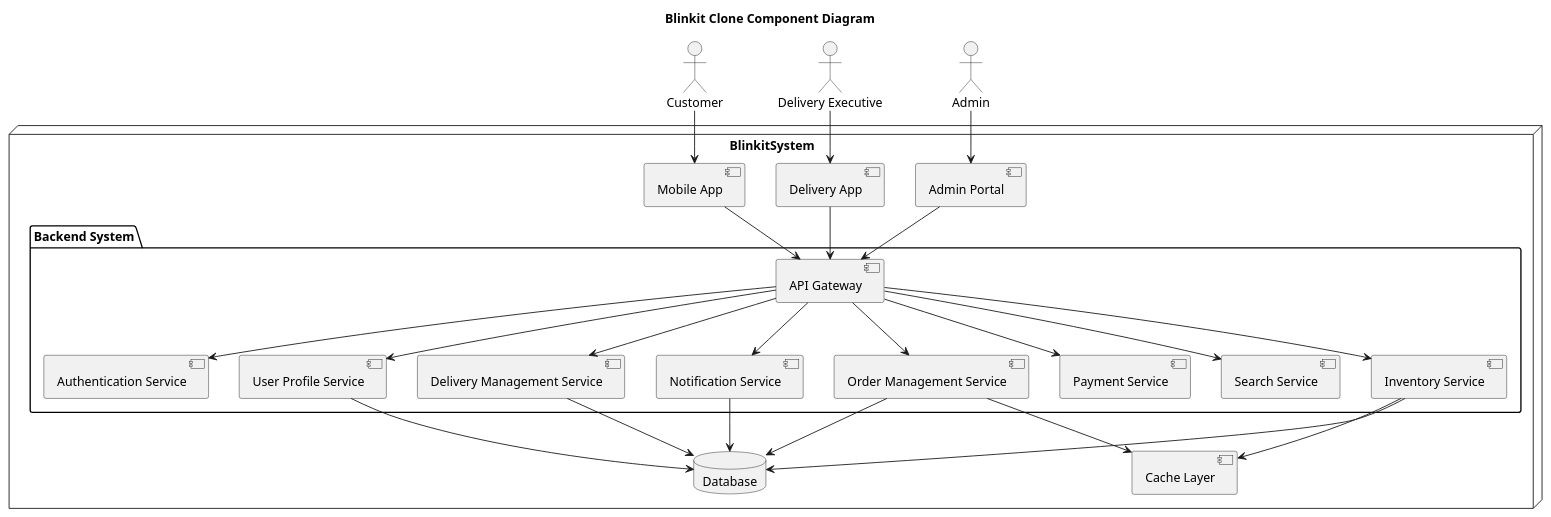
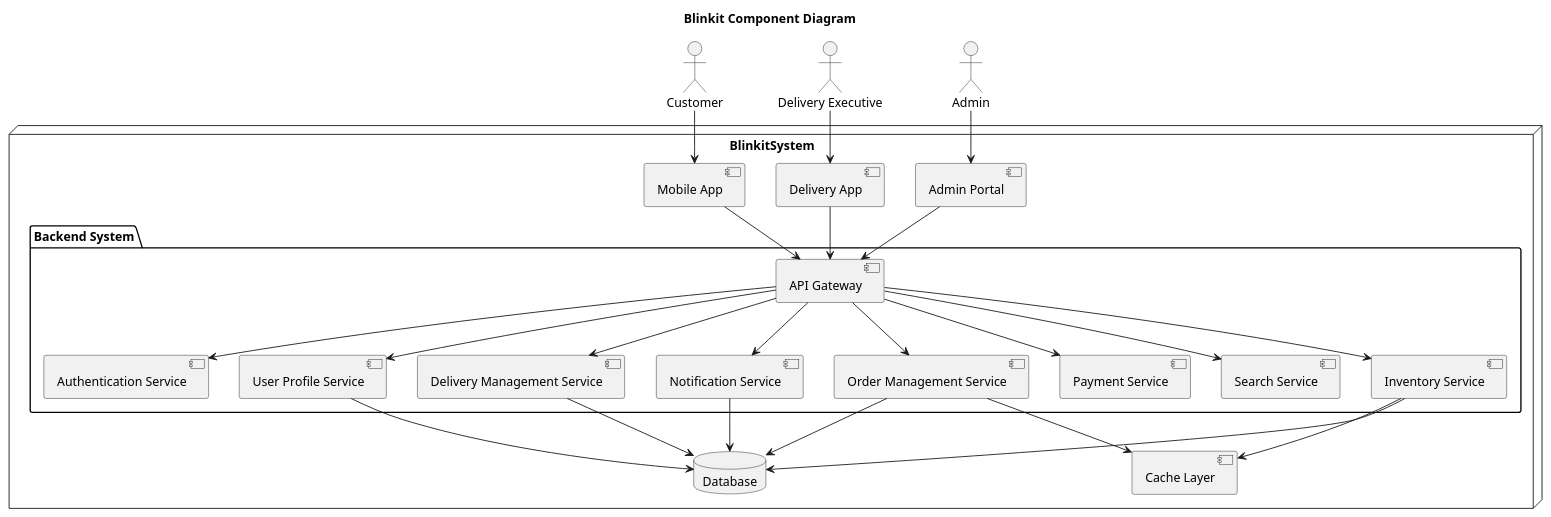
Before and after one commit to IIITLucknowSWEngg/CSITTeam009: the third of 4 diagrams in Assignment2/Architecture.md, drawn with PlantUML. The commit also changed 5 other files, not shown here.

````diff
--- a/Assignment2/Architecture.md
+++ b/Assignment2/Architecture.md
@@ -250,57 +250,57 @@
 ```plantuml
 @startuml
-title Blinkit Clone Component Diagram
+title Blinkit Component Diagram
 
 actor "Customer" as customer
 actor "Delivery Executive" as delivery
 actor "Admin" as admin
 
 node BlinkitSystem {
     component "Mobile App" as mobileApp
     component "Delivery App" as deliveryApp
     component "Admin Portal" as adminPortal
 
     package "Backend System" {
         component "API Gateway" as apiGateway
         component "Authentication Service" as authService
         component "Order Management Service" as orderService
         component "Inventory Service" as inventoryService
         component "Delivery Management Service" as deliveryService
         component "Notification Service" as notificationService
         component "Payment Service" as paymentService
         component "Search Service" as searchService
         component "User Profile Service" as userProfileService
     }
 
     database "Database" as db
     component "Cache Layer" as cache
 }
 
 customer --> mobileApp
 delivery --> deliveryApp
 admin --> adminPortal
 
 mobileApp --> apiGateway
 deliveryApp --> apiGateway
 adminPortal --> apiGateway
 
 apiGateway --> authService
 apiGateway --> orderService
 apiGateway --> inventoryService
 apiGateway --> deliveryService
 apiGateway --> notificationService
 apiGateway --> paymentService
 apiGateway --> searchService
 apiGateway --> userProfileService
 
 orderService --> db
 inventoryService --> db
 deliveryService --> db
 userProfileService --> db
 
 orderService --> cache
 inventoryService --> cache
 notificationService --> db
 
 @enduml
 ```
````
